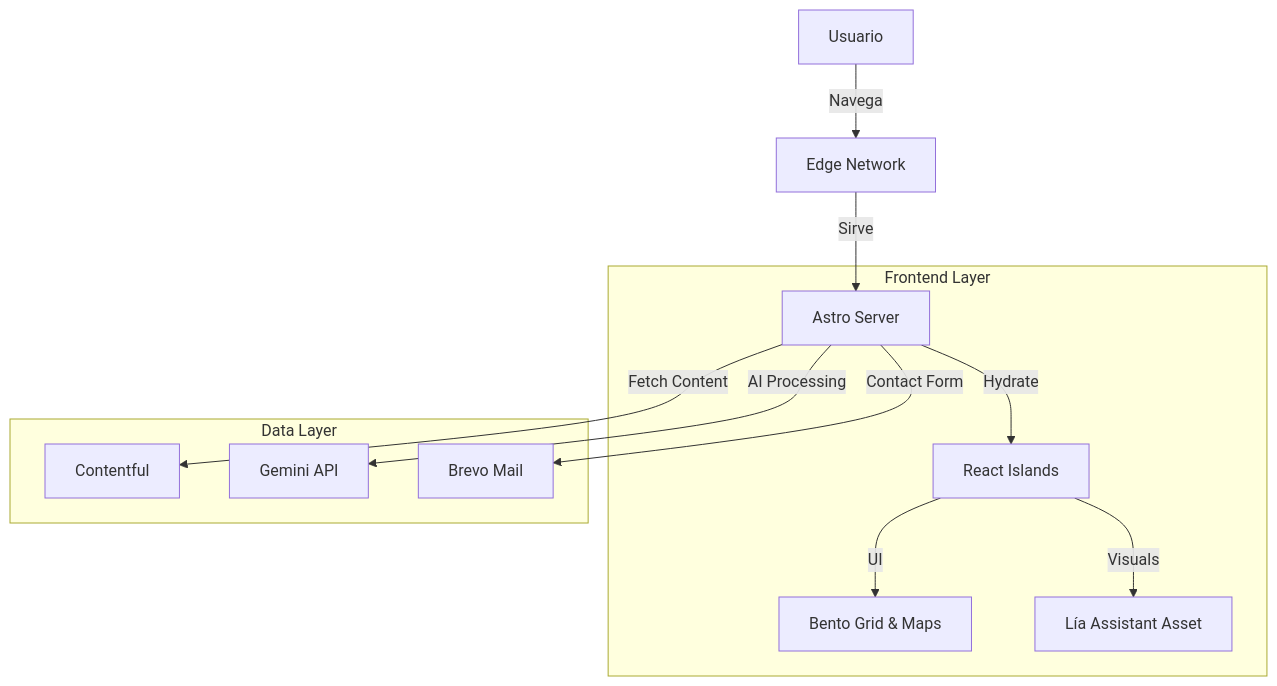
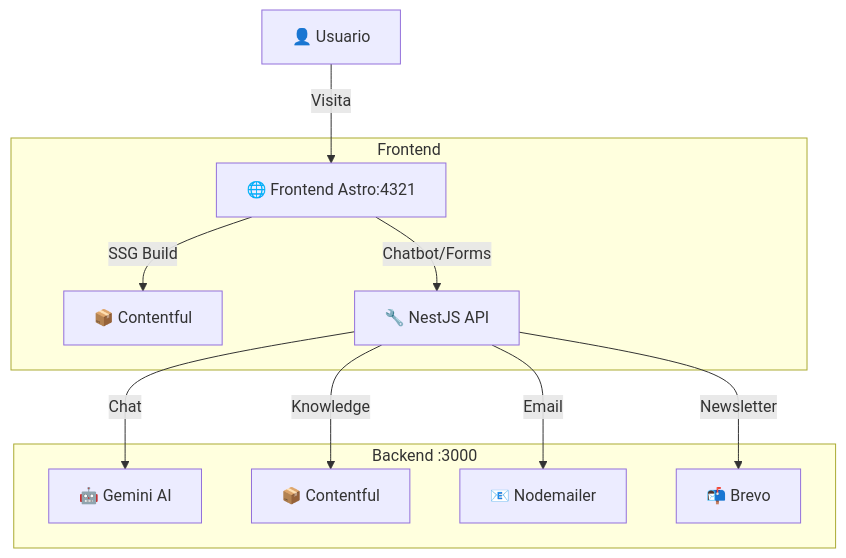
The diagram in README.md (herwingx/linea-digital-astro), drawn with Mermaid before and after one commit. The commit also changed other lines of this file and 87 other files, not shown here.

First line of the commit message:
refactor(monorepo)!: migrar a arquitectura monorepo con frontend Astro y backend NestJS (#2)

````diff
--- a/README.md
+++ b/README.md
@@ -98,17 +111,17 @@
 ```mermaid
 graph TD
-    User[Usuario] -->|Navega| CDN[Edge Network]
-    CDN -->|Sirve| Astro[Astro Server]
+    User[👤 Usuario] -->|Visita| Astro[🌐 Frontend Astro:4321]
     
-    subgraph "Frontend Layer"
-        Astro -->|Hydrate| React[React Islands]
-        React -->|UI| Maps[Bento Grid & Maps]
-        React -->|Visuals| Lia[Lía Assistant Asset]
+    subgraph "Frontend"
+        Astro -->|SSG Build| Contentful1[📦 Contentful]
+        Astro -->|Chatbot/Forms| API
     end
     
-    subgraph "Data Layer"
-        Astro -->|Fetch Content| CMS[Contentful]
-        Astro -->|AI Processing| Gemini[Gemini API]
-        Astro -->|Contact Form| Brevo[Brevo Mail]
+    subgraph "Backend :3000"
+        API[🔧 NestJS API]
+        API -->|Chat| Gemini[🤖 Gemini AI]
+        API -->|Knowledge| Contentful2[📦 Contentful]
+        API -->|Email| SMTP[📧 Nodemailer]
+        API -->|Newsletter| Brevo[📬 Brevo]
     end
 ```
````
